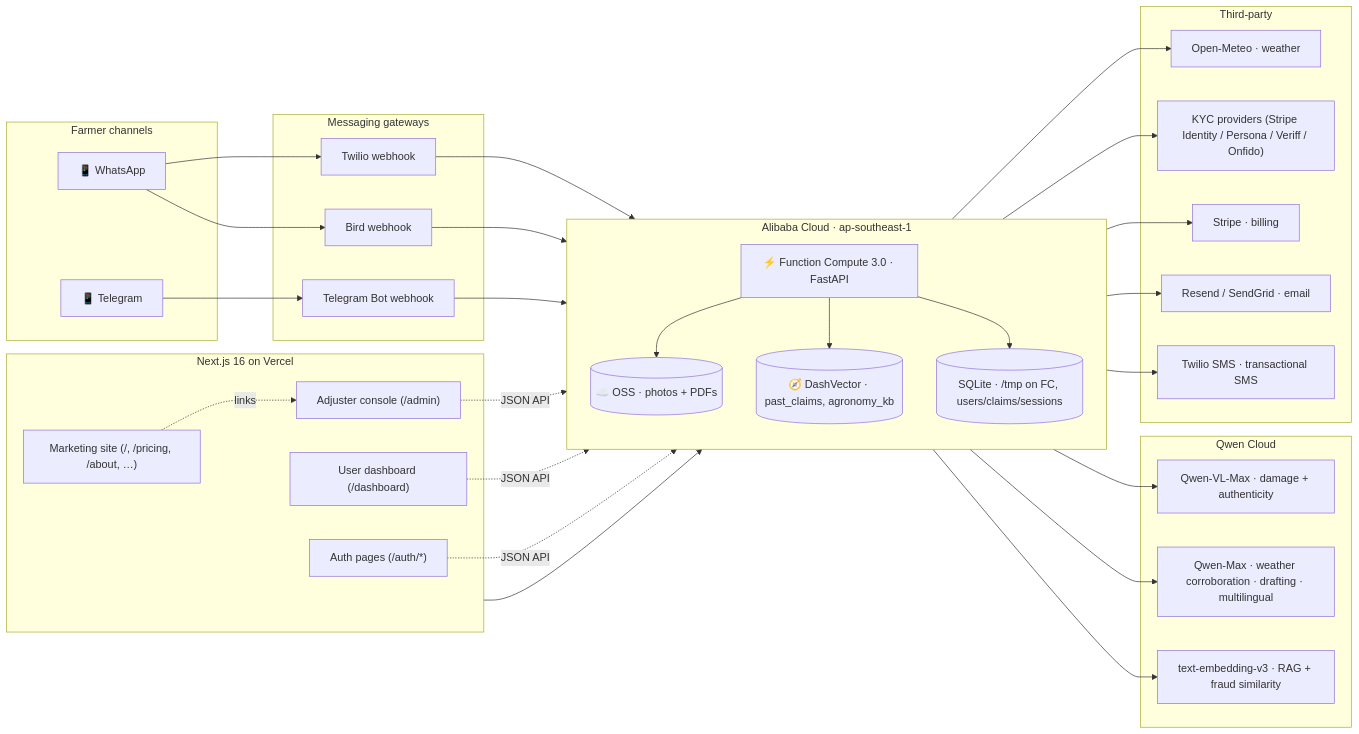
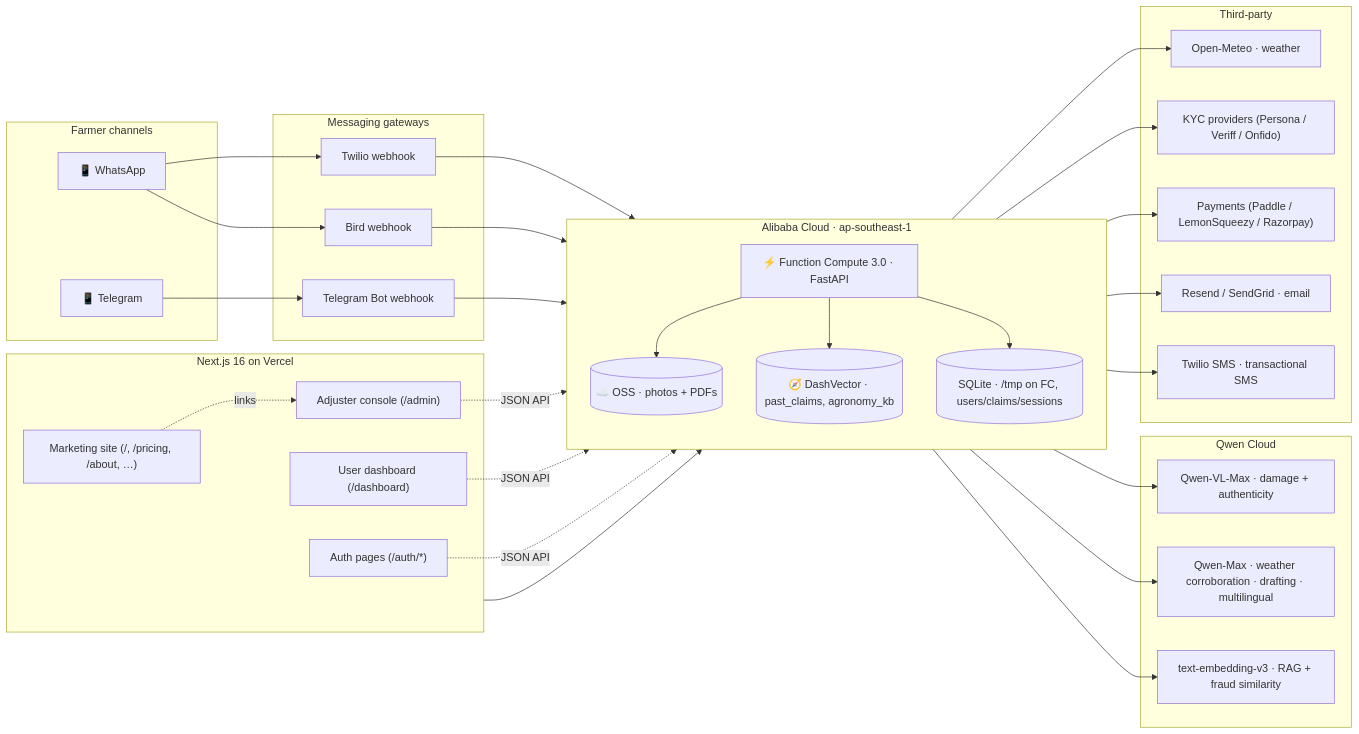
The diagram in docs/architecture.md (hemnaath04/claimfarm), drawn with Mermaid before and after one commit. The commit also changed other lines of this file and 15 other files, not shown here.

````diff
--- a/docs/architecture.md
+++ b/docs/architecture.md
@@ -7,75 +7,75 @@
 ```mermaid
 flowchart LR
   %% --- Channels ---
   subgraph CH[Farmer channels]
     WA["📱 WhatsApp"]
     TG["📱 Telegram"]
   end
 
   %% --- 3rd party messaging providers ---
   subgraph PR[Messaging gateways]
     TW["Twilio webhook"]
     BD["Bird webhook"]
     TGW["Telegram Bot webhook"]
   end
 
   %% --- Backend on Alibaba Cloud ---
   subgraph ALI["Alibaba Cloud · ap-southeast-1"]
     direction TB
     FC["⚡ Function Compute 3.0 · FastAPI"]
     OSS[("☁️ OSS · photos + PDFs")]
     DV[("🧭 DashVector · past_claims, agronomy_kb")]
     SQL[("SQLite · /tmp on FC, users/claims/sessions")]
   end
 
   %% --- AI ---
   subgraph QW[Qwen Cloud]
     VL["Qwen-VL-Max · damage + authenticity"]
     QM["Qwen-Max · weather corroboration · drafting · multilingual"]
     QE["text-embedding-v3 · RAG + fraud similarity"]
   end
 
   %% --- Third party ---
   subgraph TP[Third-party]
     OM["Open-Meteo · weather"]
-    IDV["KYC providers (Stripe Identity / Persona / Veriff / Onfido)"]
-    STR["Stripe · billing"]
+    IDV["KYC providers (Persona / Veriff / Onfido)"]
+    STR["Payments (Paddle / LemonSqueezy / Razorpay)"]
     SES["Resend / SendGrid · email"]
     SMS["Twilio SMS · transactional SMS"]
   end
 
   %% --- Front-end ---
   subgraph WEB[Next.js 16 on Vercel]
     LANDING["Marketing site (/, /pricing, /about, …)"]
     ADMIN["Adjuster console (/admin)"]
     USRDASH["User dashboard (/dashboard)"]
     AUTHPAGES["Auth pages (/auth/*)"]
   end
 
   %% --- Wiring ---
   WA --> TW
   WA --> BD
   TG --> TGW
   TW --> FC
   BD --> FC
   TGW --> FC
 
   FC --> VL
   FC --> QM
   FC --> QE
   FC --> OM
   FC --> OSS
   FC --> DV
   FC --> SQL
 
   FC --> IDV
   FC --> STR
   FC --> SES
   FC --> SMS
 
   WEB --> FC
   LANDING -. links .-> ADMIN
   ADMIN -. JSON API .-> FC
   USRDASH -. JSON API .-> FC
   AUTHPAGES -. JSON API .-> FC
 ```
````
